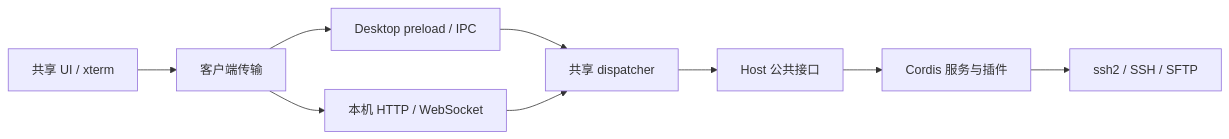
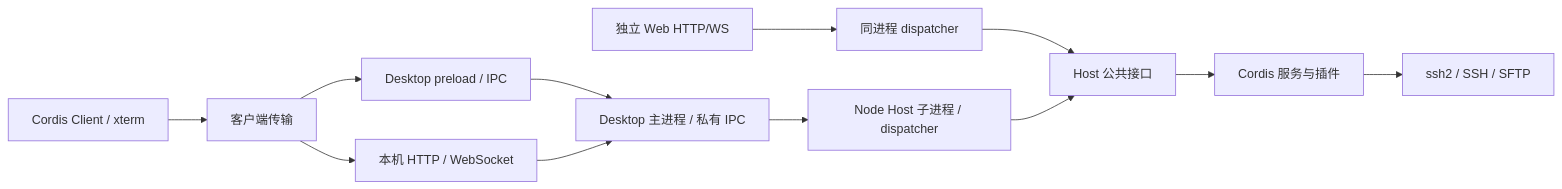
One commit to puremixai/pureterm changed the diagram in docs/architecture.md. Above: the diagram before and after it, drawn with Mermaid. The commit also changed other lines of this file and 68 other files, not shown here.

Commit message:
feat: split desktop host and add release pipeline

````diff
--- a/docs/architecture.md
+++ b/docs/architecture.md
@@ -18,11 +18,14 @@
 ```mermaid
 flowchart LR
-  U[共享 UI / xterm] --> T[客户端传输]
+  U[Cordis Client / xterm] --> T[客户端传输]
   T --> P[Desktop preload / IPC]
   T --> W[本机 HTTP / WebSocket]
-  P --> D[共享 dispatcher]
-  W --> D
+  P --> R[Desktop 主进程 / 私有 IPC]
+  W --> R
+  R --> D[Node Host 子进程 / dispatcher]
+  W2[独立 Web HTTP/WS] --> D2[同进程 dispatcher]
+  D2 --> H
   D --> H[Host 公共接口]
   H --> C[Cordis 服务与插件]
   C --> S[ssh2 / SSH / SFTP]
 ```
````
